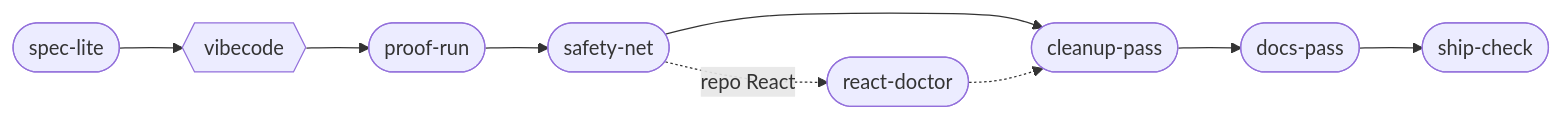
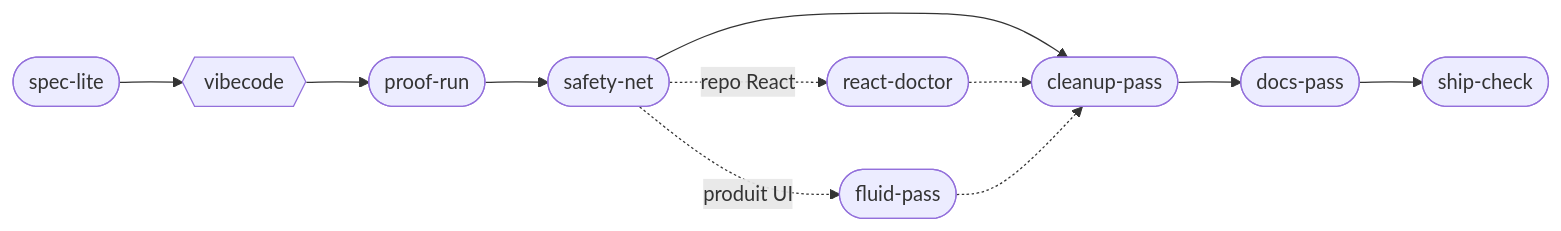
The diagram in README.md (Aximande/agent-skills), drawn with Mermaid before and after one commit. The commit also changed other lines of this file and 1 other file, not shown here.

Commit message:
fluid-pass rejoint le pipeline (branche produit UI avant cleanup-pass) — diagramme, tables et roadmap alignés

````diff
--- a/README.md
+++ b/README.md
@@ -31,6 +31,8 @@
 ```mermaid
 flowchart LR
     SL([spec-lite]) --> VC{{vibecode}} --> PR([proof-run]) --> SN([safety-net]) --> CP([cleanup-pass]) --> DP([docs-pass]) --> SC([ship-check])
     SN -. repo React .-> RD([react-doctor])
     RD -.-> CP
+    SN -. produit UI .-> FP([fluid-pass])
+    FP -.-> CP
 ```
````
